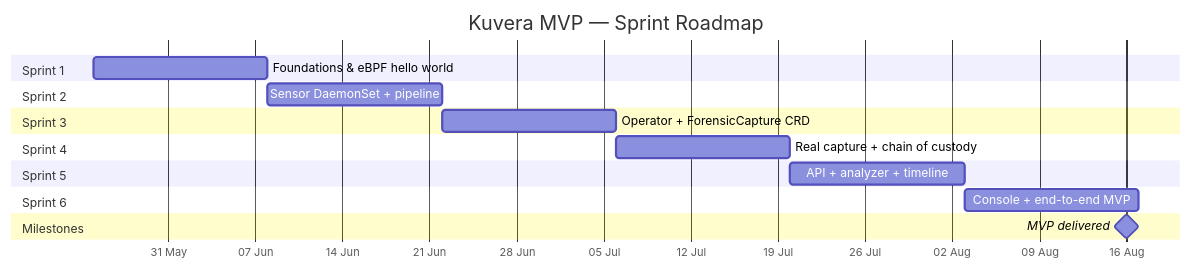
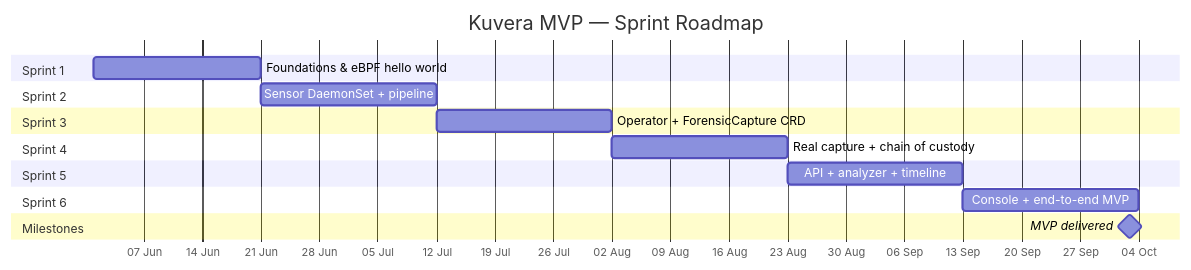
The diagram in docs/ROADMAP.md (Jacklevi02/Kuvera-DFIR), drawn with Mermaid before and after one commit. The commit also changed other lines of this file and 4 other files, not shown here.

Commit message:
chore: updated documentation. Changes to sprint timeline and versions of tools and languages used

````diff
--- a/docs/ROADMAP.md
+++ b/docs/ROADMAP.md
@@ -90,27 +90,27 @@
 ```mermaid
 gantt
     title Kuvera MVP — Sprint Roadmap
     dateFormat YYYY-MM-DD
     axisFormat %d %b
 
     section Sprint 1
-    Foundations & eBPF hello world    :s1, 2026-05-25, 14d
+    Foundations & eBPF hello world    :s1, 2026-06-01, 20d
 
     section Sprint 2
-    Sensor DaemonSet + pipeline       :s2, after s1, 14d
+    Sensor DaemonSet + pipeline       :s2, after s1, 21d
 
     section Sprint 3
-    Operator + ForensicCapture CRD    :s3, after s2, 14d
+    Operator + ForensicCapture CRD    :s3, after s2, 21d
 
     section Sprint 4
-    Real capture + chain of custody   :s4, after s3, 14d
+    Real capture + chain of custody   :s4, after s3, 21d
 
     section Sprint 5
-    API + analyzer + timeline         :s5, after s4, 14d
+    API + analyzer + timeline         :s5, after s4, 21d
 
     section Sprint 6
-    Console + end-to-end MVP          :s6, after s5, 14d
+    Console + end-to-end MVP          :s6, after s5, 21d
 
     section Milestones
-    MVP delivered                     :milestone, m1, 2026-08-16, 0d
+    MVP delivered                     :milestone, m1, 2026-10-03, 0d
 ```
````
